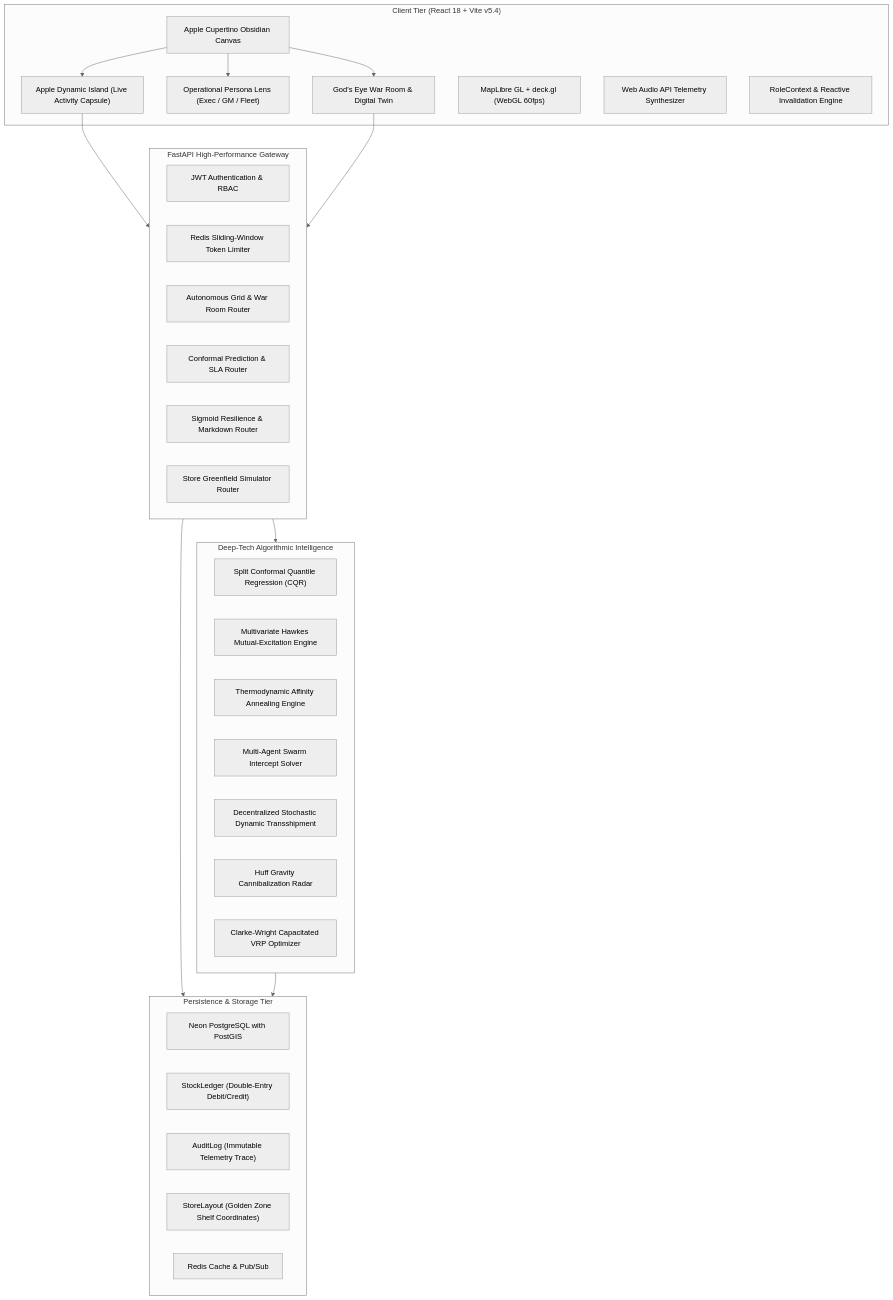
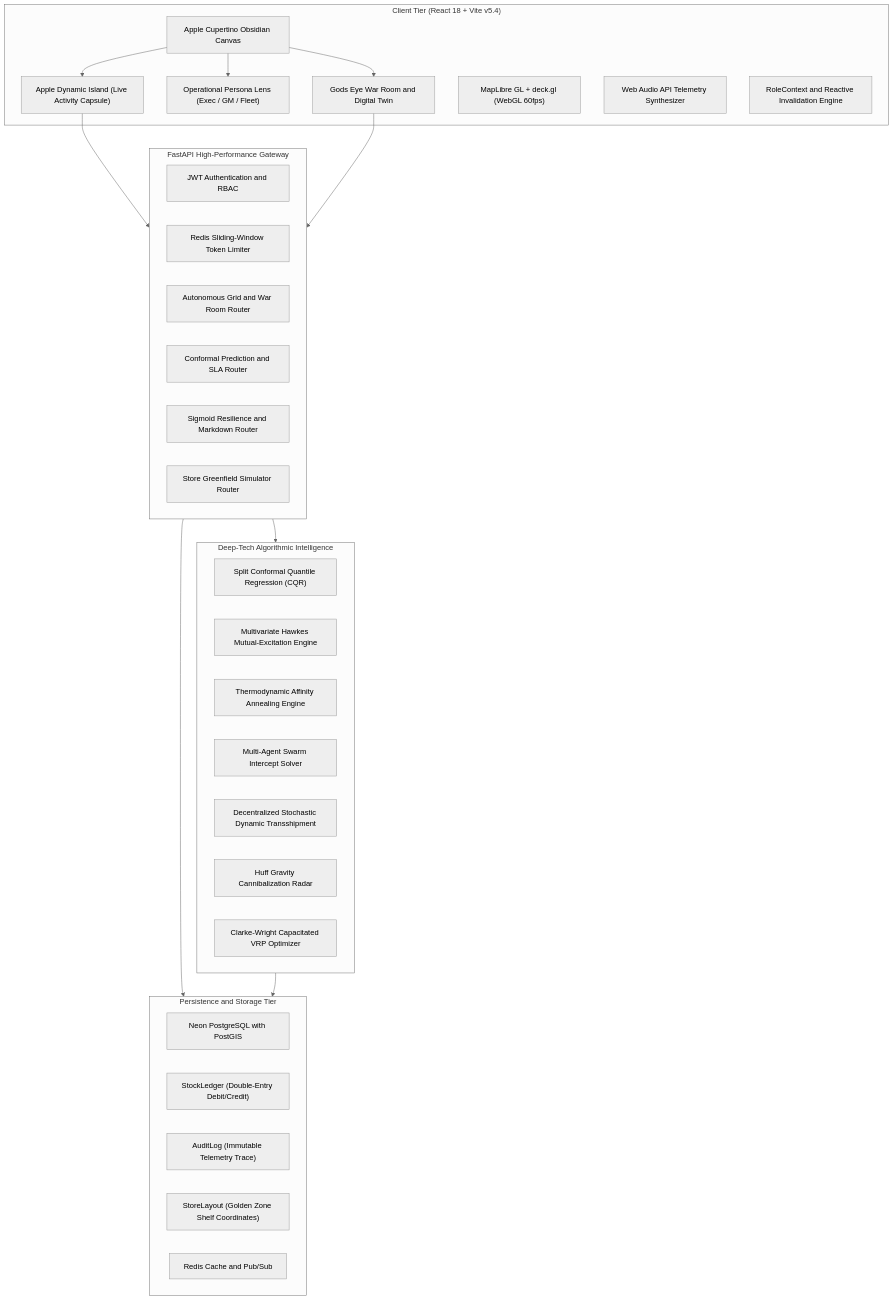
Before and after one commit to AadityaUniyal/Darkstori: the diagram in README.md, drawn with Mermaid (neutral theme). The commit also changed other lines of this file, not shown here.

Commit message:
docs(readme): resolve badge syntax, api docs link, and mermaid node rendering

````diff
--- a/README.md
+++ b/README.md
@@ -71,48 +71,48 @@
 ```mermaid
 graph TD
     subgraph Client ["Client Tier (React 18 + Vite v5.4)"]
         UI["Apple Cupertino Obsidian Canvas"]
         DynamicIsland["Apple Dynamic Island (Live Activity Capsule)"]
         PersonaLens["Operational Persona Lens (Exec / GM / Fleet)"]
-        WarRoom["God's Eye War Room & Digital Twin"]
+        WarRoom["Gods Eye War Room and Digital Twin"]
         MapEngine["MapLibre GL + deck.gl (WebGL 60fps)"]
         AudioSynth["Web Audio API Telemetry Synthesizer"]
-        RoleContext["RoleContext & Reactive Invalidation Engine"]
+        RoleContext["RoleContext and Reactive Invalidation Engine"]
     end
 
     subgraph API ["FastAPI High-Performance Gateway"]
-        AuthMiddleware["JWT Authentication & RBAC"]
+        AuthMiddleware["JWT Authentication and RBAC"]
         RateLimiter["Redis Sliding-Window Token Limiter"]
-        AutonomousGrid["Autonomous Grid & War Room Router"]
-        SLARouter["Conformal Prediction & SLA Router"]
-        ResilienceRouter["Sigmoid Resilience & Markdown Router"]
+        AutonomousGrid["Autonomous Grid and War Room Router"]
+        SLARouter["Conformal Prediction and SLA Router"]
+        ResilienceRouter["Sigmoid Resilience and Markdown Router"]
         SimulatorRouter["Store Greenfield Simulator Router"]
     end
 
     subgraph DeepTech ["Deep-Tech Algorithmic Intelligence"]
         Conformal["Split Conformal Quantile Regression (CQR)"]
         Hawkes["Multivariate Hawkes Mutual-Excitation Engine"]
         Slotting["Thermodynamic Affinity Annealing Engine"]
         Swarm["Multi-Agent Swarm Intercept Solver"]
         GridFlow["Decentralized Stochastic Dynamic Transshipment"]
         HuffModel["Huff Gravity Cannibalization Radar"]
         ClarkeWright["Clarke-Wright Capacitated VRP Optimizer"]
     end
 
-    subgraph DataTier ["Persistence & Storage Tier"]
+    subgraph DataTier ["Persistence and Storage Tier"]
         Postgres["Neon PostgreSQL with PostGIS"]
         StockLedger["StockLedger (Double-Entry Debit/Credit)"]
         AuditLog["AuditLog (Immutable Telemetry Trace)"]
         StoreLayout["StoreLayout (Golden Zone Shelf Coordinates)"]
-        Redis["Redis Cache & Pub/Sub"]
+        Redis["Redis Cache and Pub/Sub"]
     end
 
     UI --> DynamicIsland
     UI --> WarRoom
     UI --> PersonaLens
     DynamicIsland --> API
     WarRoom --> API
     API --> DeepTech
     API --> DataTier
     DeepTech --> DataTier
 ```
````
